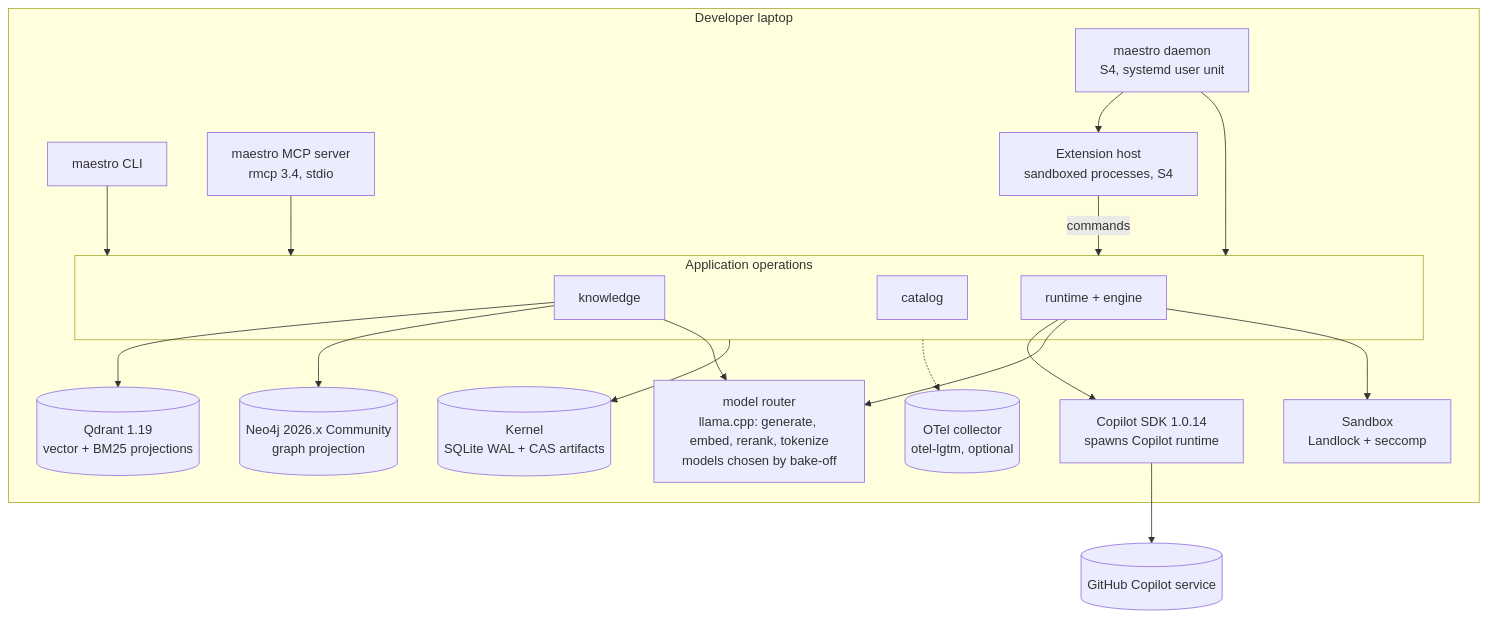
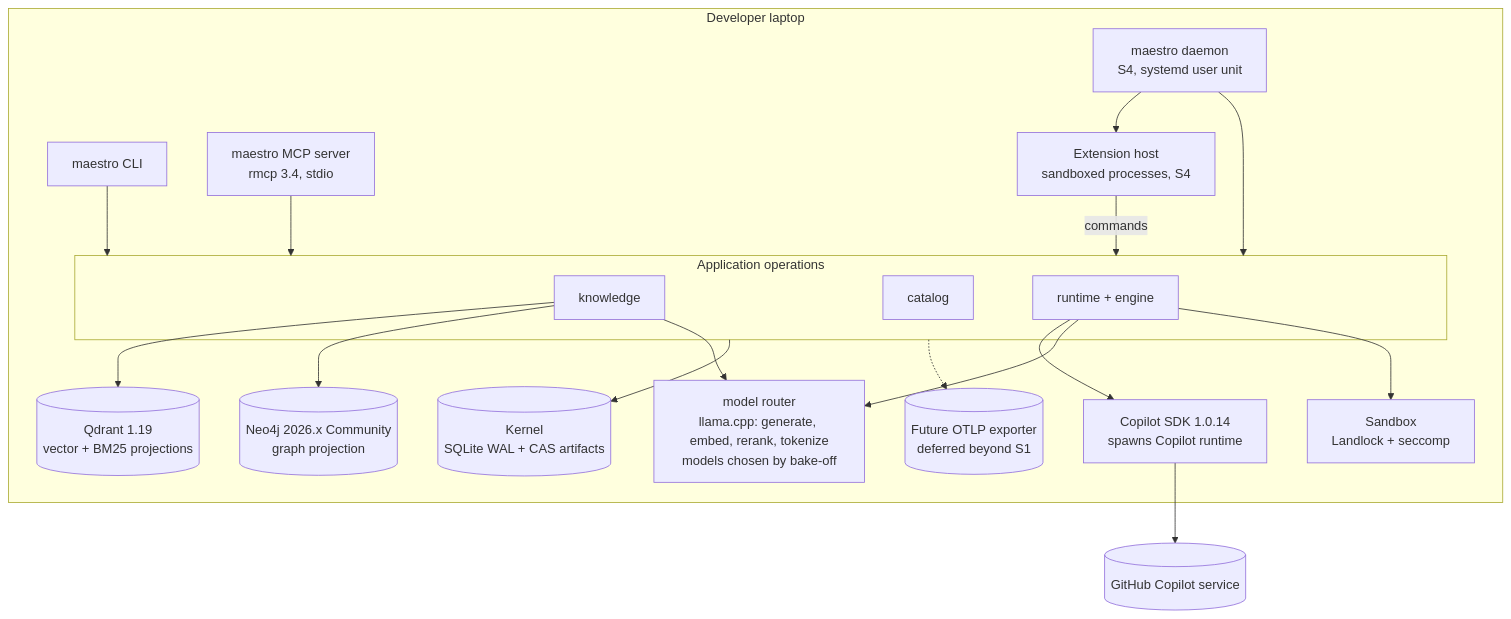
One commit to Orchestration-Maestro/maestro-core changed the second of 2 diagrams in docs/architecture/README.md. Above: the diagram before and after it, drawn with Mermaid. The commit also changed other lines of this file and 1013 other files, not shown here.

````diff
--- a/docs/architecture/README.md
+++ b/docs/architecture/README.md
@@ -86,24 +86,24 @@
 ```mermaid
 flowchart TB
   subgraph laptop[Developer laptop]
     cli[maestro CLI] --> app
     mcp[maestro MCP server<br/>rmcp 3.4, stdio] --> app
     daemon[maestro daemon<br/>S4, systemd user unit] --> app
     daemon --> exthost[Extension host<br/>sandboxed processes, S4]
     exthost -->|commands| app
     subgraph app[Application operations]
       knowledge[knowledge]
       catalog[catalog]
       runtime[runtime + engine]
     end
     app --> kernel[(Kernel<br/>SQLite WAL + CAS artifacts)]
     knowledge --> qdrant[(Qdrant 1.19<br/>vector + BM25 projections)]
     knowledge --> neo4j[(Neo4j 2026.x Community<br/>graph projection)]
     runtime --> sdk[Copilot SDK 1.0.14<br/>spawns Copilot runtime]
     knowledge --> router[model router<br/>llama.cpp: generate, embed, rerank, tokenize<br/>models chosen by bake-off]
     runtime --> router
     runtime --> sandbox[Sandbox<br/>Landlock + seccomp]
-    app -.-> collector[(OTel collector<br/>otel-lgtm, optional)]
+    app -.-> collector[(Future OTLP exporter<br/>deferred beyond S1)]
   end
   sdk --> ghcopilot[(GitHub Copilot service)]
 ```
````
